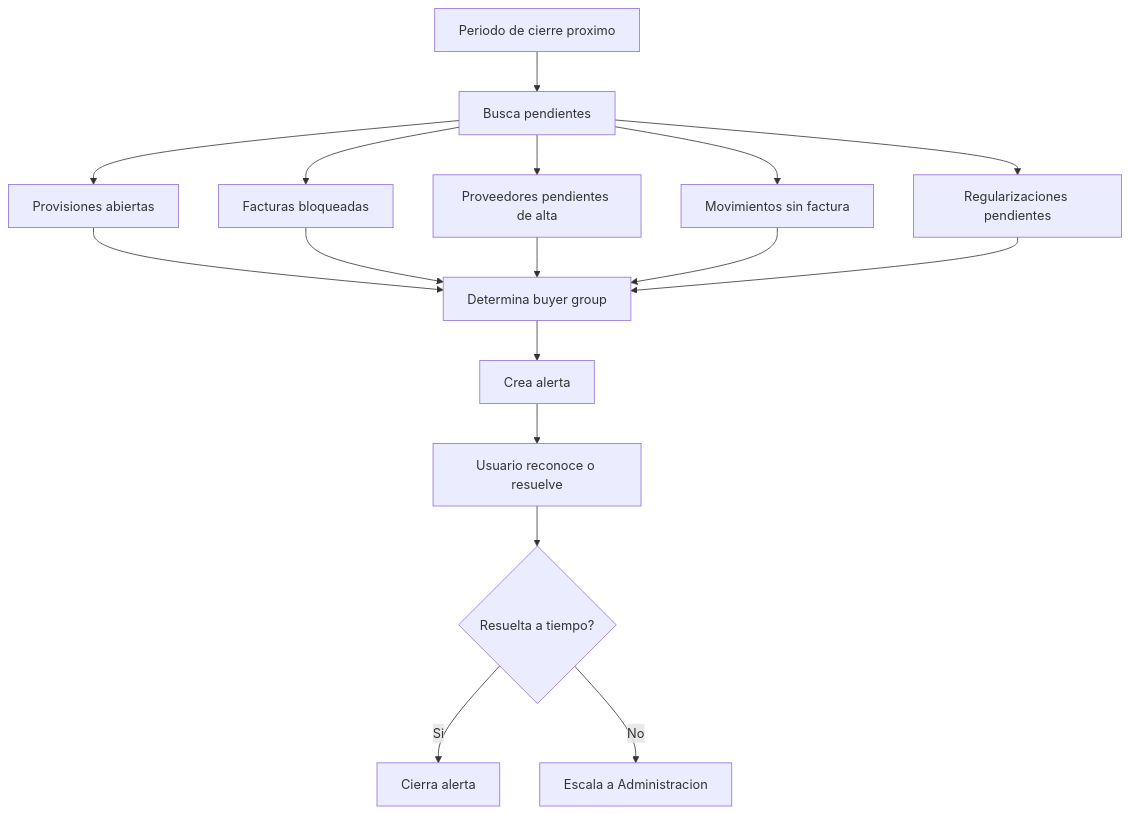
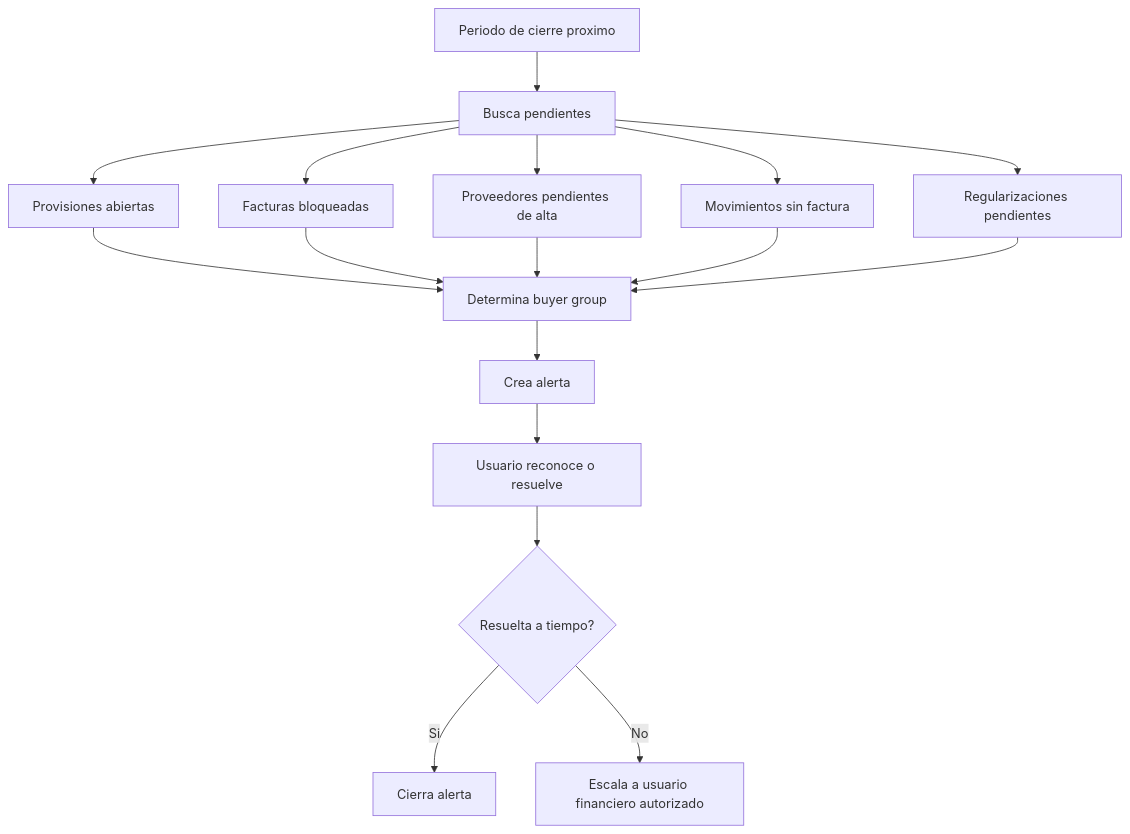
Diagram 11 of 14 in docs/diagramas_flujo.md (easydev9/ProvCore), drawn with Mermaid before and after one commit. The commit also changed other lines of this file and 20 other files, not shown here.

````diff
--- a/docs/diagramas_flujo.md
+++ b/docs/diagramas_flujo.md
@@ -204,19 +204,19 @@
 ```mermaid
 flowchart TD
     A[Periodo de cierre proximo] --> B[Busca pendientes]
     B --> C[Provisiones abiertas]
     B --> D[Facturas bloqueadas]
     B --> E[Proveedores pendientes de alta]
     B --> F[Movimientos sin factura]
     B --> G[Regularizaciones pendientes]
     C --> H[Determina buyer group]
     D --> H
     E --> H
     F --> H
     G --> H
     H --> I[Crea alerta]
     I --> J[Usuario reconoce o resuelve]
     J --> K{Resuelta a tiempo?}
     K -- Si --> L[Cierra alerta]
-    K -- No --> M[Escala a Administracion]
+    K -- No --> M[Escala a usuario financiero autorizado]
 ```
````
